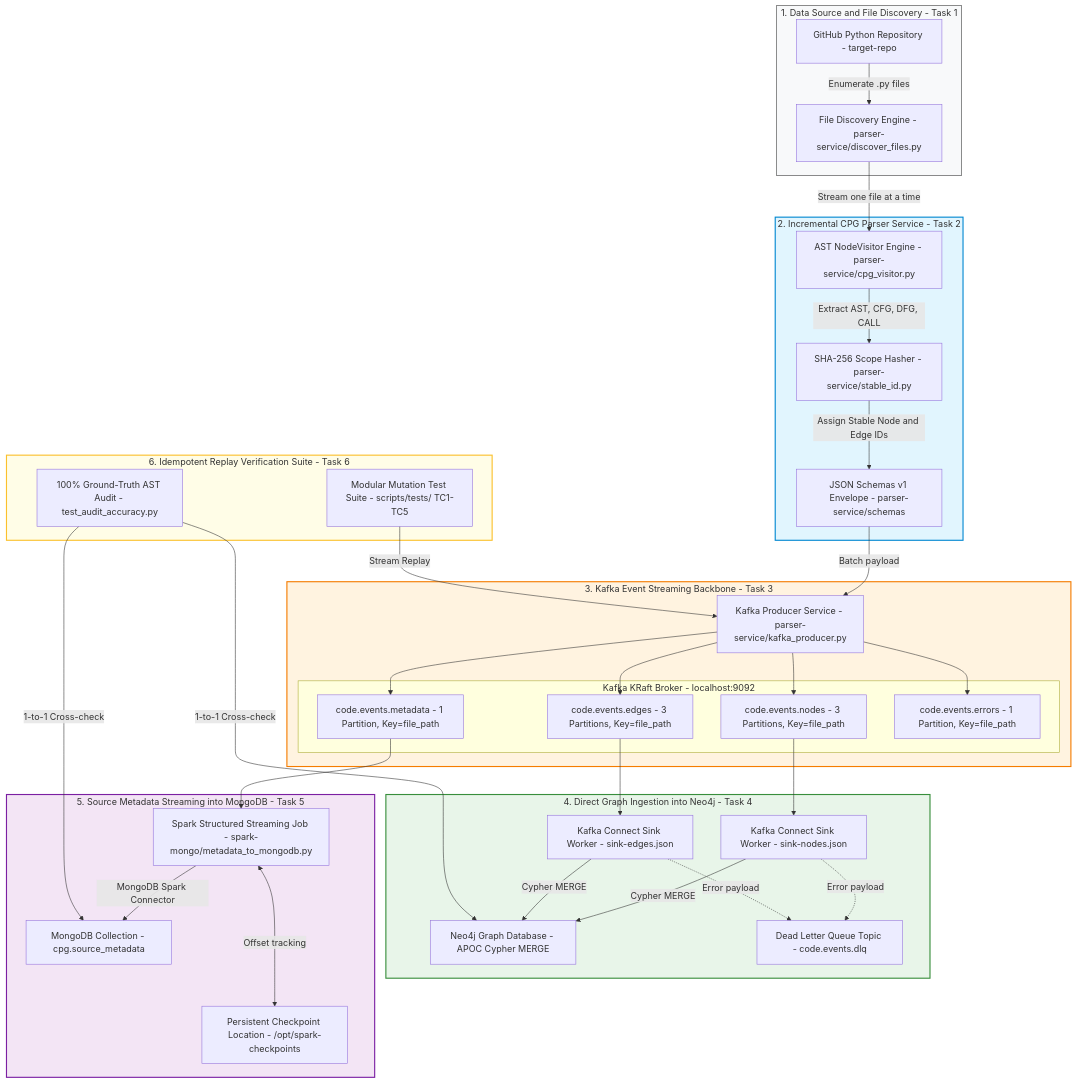
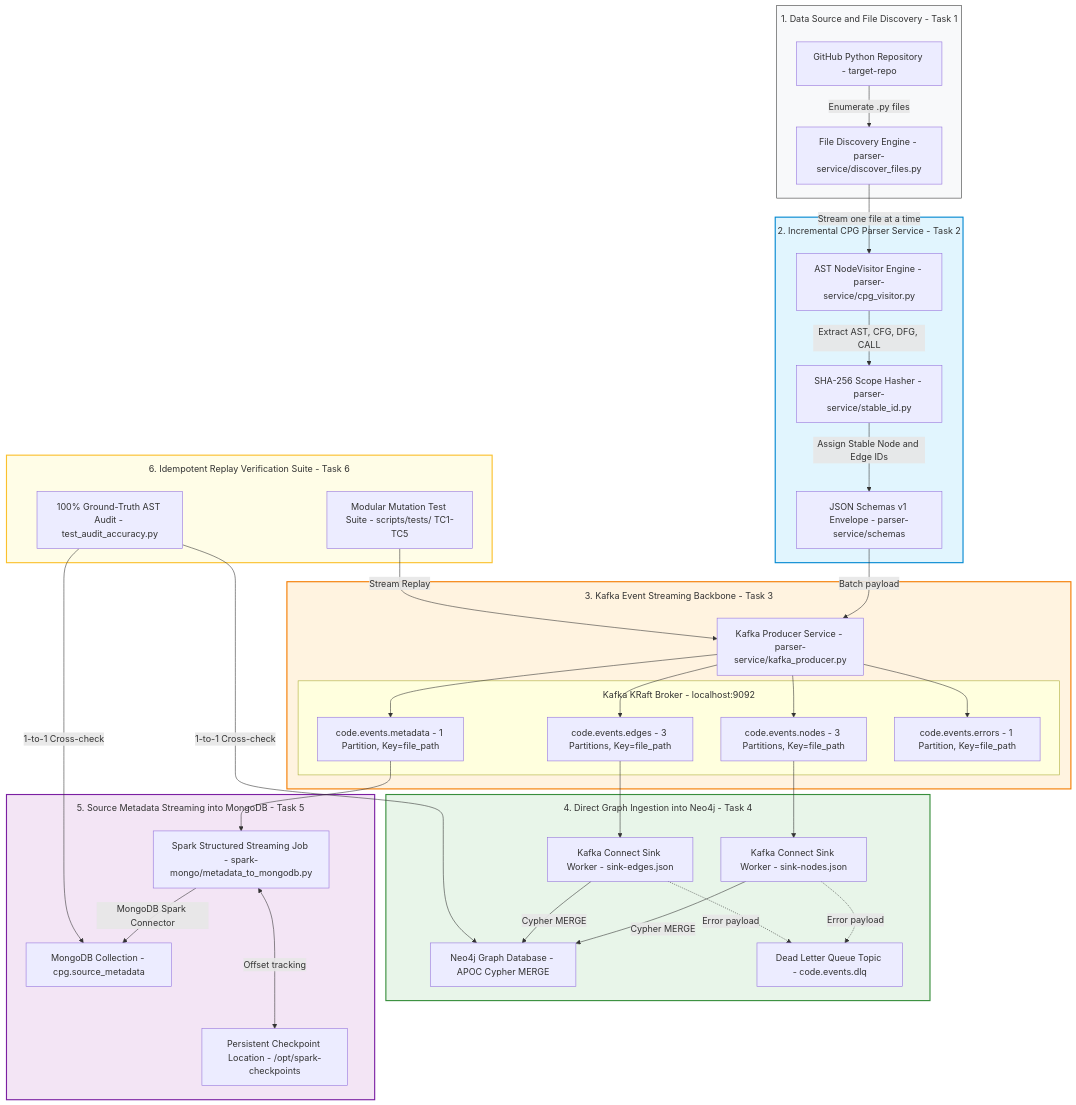
One commit to TrNguyenMQuan/spark_streaming changed the diagram in README.md. Above: the diagram before and after it, drawn with Mermaid. The commit also changed other lines of this file and 3 other files, not shown here.

Commit message:
fix: fix code about mermaid

````diff
--- a/README.md
+++ b/README.md
@@ -12,75 +12,76 @@
 ```mermaid
+%%{init: {'flowchart': {'subGraphTitleMargin': {'top': 12, 'bottom': 28}}}}%%
 flowchart TD
     subgraph Task1 ["1. Data Source and File Discovery - Task 1"]
         Repo["GitHub Python Repository - target-repo"]
         Discover["File Discovery Engine - parser-service/discover_files.py"]
         Repo -->|Enumerate .py files| Discover
     end
 
     subgraph Task2 ["2. Incremental CPG Parser Service - Task 2"]
         AST_Visitor["AST NodeVisitor Engine - parser-service/cpg_visitor.py"]
         Hasher["SHA-256 Scope Hasher - parser-service/stable_id.py"]
         Schemas["JSON Schemas v1 Envelope - parser-service/schemas"]
-        
+
         Discover -->|Stream one file at a time| AST_Visitor
         AST_Visitor -->|Extract AST, CFG, DFG, CALL| Hasher
         Hasher -->|Assign Stable Node and Edge IDs| Schemas
     end
 
     subgraph Task3 ["3. Kafka Event Streaming Backbone - Task 3"]
         Producer["Kafka Producer Service - parser-service/kafka_producer.py"]
-        
+
         subgraph Topics ["Kafka KRaft Broker - localhost:9092"]
             T_Nodes["code.events.nodes - 3 Partitions, Key=file_path"]
             T_Edges["code.events.edges - 3 Partitions, Key=file_path"]
             T_Meta["code.events.metadata - 1 Partition, Key=file_path"]
             T_Err["code.events.errors - 1 Partition, Key=file_path"]
         end
 
         Schemas -->|Batch payload| Producer
         Producer --> T_Nodes
         Producer --> T_Edges
         Producer --> T_Meta
         Producer --> T_Err
     end
 
     subgraph Task4 ["4. Direct Graph Ingestion into Neo4j - Task 4"]
         KC_Nodes["Kafka Connect Sink Worker - sink-nodes.json"]
         KC_Edges["Kafka Connect Sink Worker - sink-edges.json"]
         Neo4j["Neo4j Graph Database - APOC Cypher MERGE"]
         DLQ["Dead Letter Queue Topic - code.events.dlq"]
 
         T_Nodes --> KC_Nodes
         T_Edges --> KC_Edges
         KC_Nodes -->|Cypher MERGE| Neo4j
         KC_Edges -->|Cypher MERGE| Neo4j
         KC_Nodes -.->|Error payload| DLQ
         KC_Edges -.->|Error payload| DLQ
     end
 
     subgraph Task5 ["5. Source Metadata Streaming into MongoDB - Task 5"]
         Spark["Spark Structured Streaming Job - spark-mongo/metadata_to_mongodb.py"]
         Checkpoint["Persistent Checkpoint Location - /opt/spark-checkpoints"]
         Mongo["MongoDB Collection - cpg.source_metadata"]
 
         T_Meta --> Spark
         Spark <--->|Offset tracking| Checkpoint
         Spark -->|MongoDB Spark Connector| Mongo
     end
 
     subgraph Task6 ["6. Idempotent Replay Verification Suite - Task 6"]
         Mutator["Modular Mutation Test Suite - scripts/tests/ TC1-TC5"]
         Audit["100% Ground-Truth AST Audit - test_audit_accuracy.py"]
 
         Mutator -->|Stream Replay| Producer
         Audit -->|1-to-1 Cross-check| Neo4j
         Audit -->|1-to-1 Cross-check| Mongo
     end
 
     style Task1 fill:#f8f9fa,stroke:#333,stroke-width:1px
     style Task2 fill:#e1f5fe,stroke:#0288d1,stroke-width:2px
     style Task3 fill:#fff3e0,stroke:#f57c00,stroke-width:2px
     style Task4 fill:#e8f5e9,stroke:#388e3c,stroke-width:2px
     style Task5 fill:#f3e5f5,stroke:#7b1fa2,stroke-width:2px
     style Task6 fill:#fffde7,stroke:#fbc02d,stroke-width:2px
 ```
````
